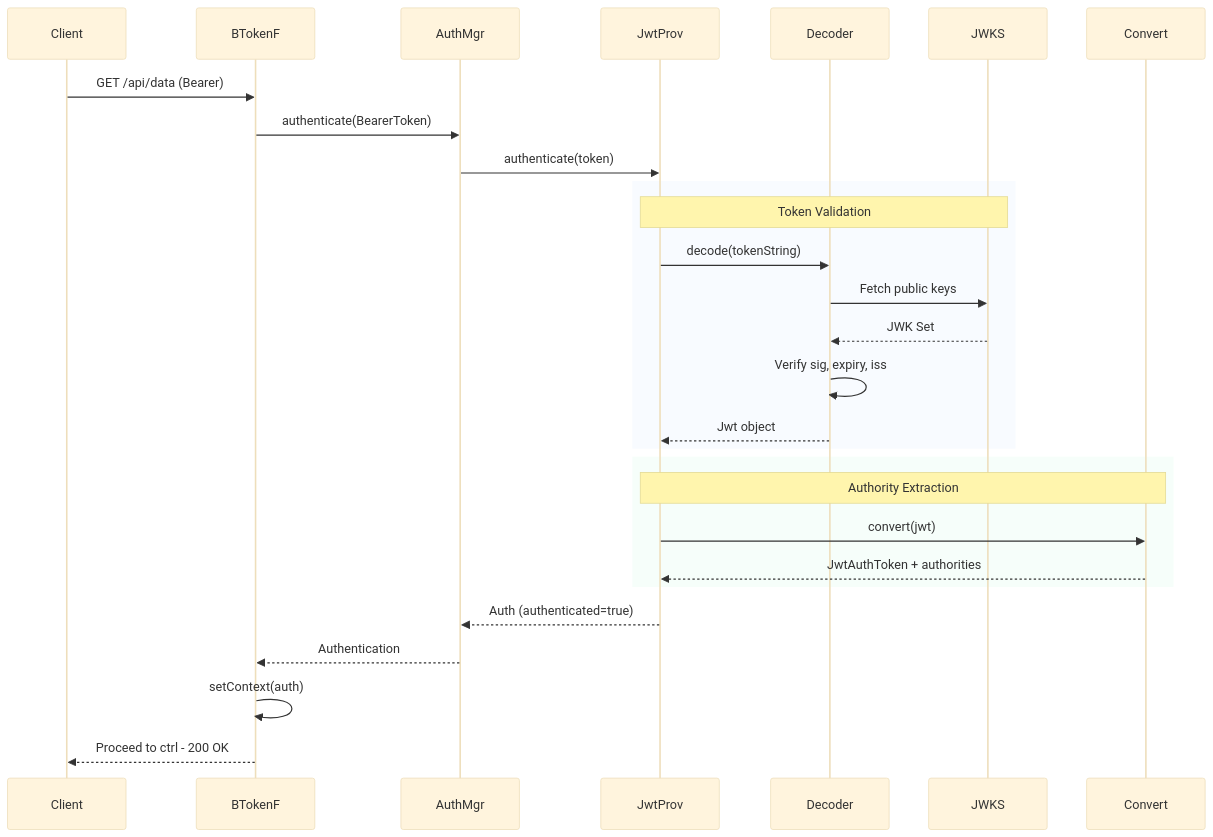
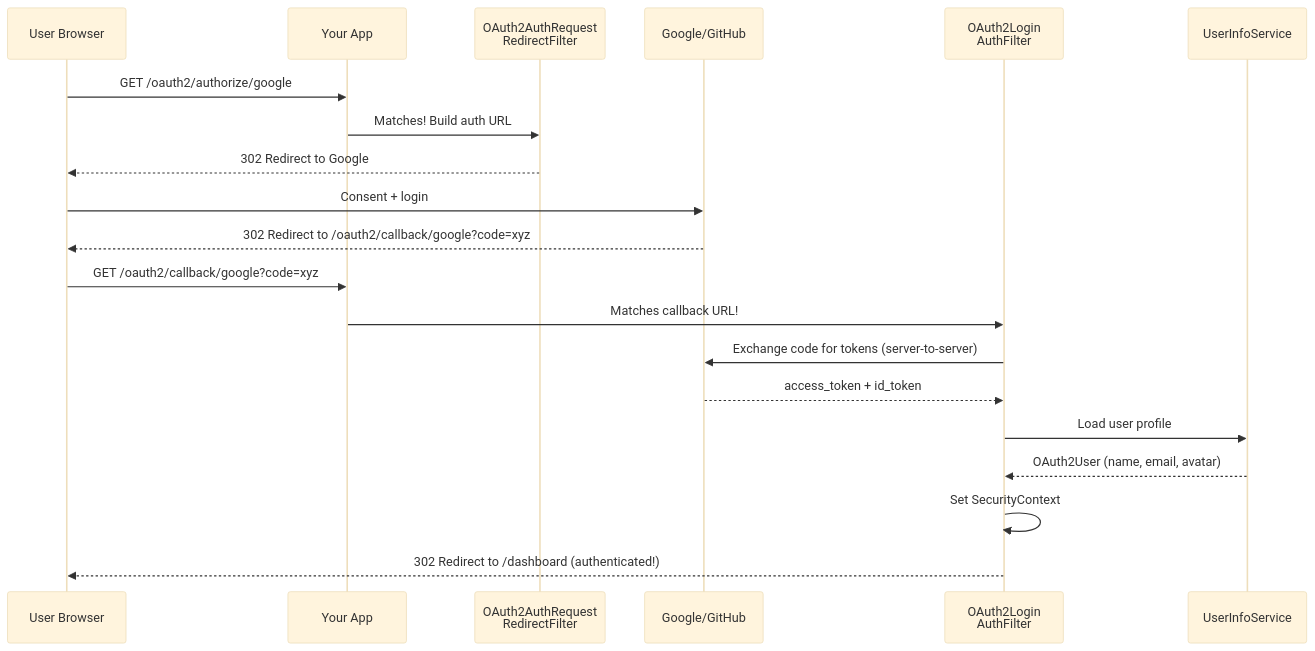
One commit to saivamsikaruturi/vamsilabs-dev-notes-main changed the eighth of 11 diagrams in docs/springboot/security-filter-chain.md. Above: the diagram before and after it, drawn with Mermaid (base theme). The commit also changed other lines of this file and 21 other files, not shown here.

````diff
--- a/docs/springboot/security-filter-chain.md
+++ b/docs/springboot/security-filter-chain.md
@@ -628,34 +1046,25 @@
 ```mermaid
 sequenceDiagram
-    participant Cli as Client
-    participant BT as BTokenF
-    participant AM as AuthMgr
-    participant JP as JwtProv
-    participant Dec as Decoder
-    participant JK as JWKS
-    participant Conv as Convert
+    participant User as User Browser
+    participant App as Your App
+    participant OARF as OAuth2AuthRequest<br/>RedirectFilter
+    participant Google as Google/GitHub
+    participant OLAF as OAuth2Login<br/>AuthFilter
+    participant UIS as UserInfoService
 
-    Cli->>BT: GET /api/data (Bearer)
-    BT->>AM: authenticate(BearerToken)
-    AM->>JP: authenticate(token)
+    User->>App: GET /oauth2/authorize/google
+    App->>OARF: Matches! Build auth URL
+    OARF-->>User: 302 Redirect to Google
 
-    rect rgba(219, 234, 254, 0.2)
-        Note over JP,JK: Token Validation
-        JP->>Dec: decode(tokenString)
-        Dec->>JK: Fetch public keys
-        JK-->>Dec: JWK Set
-        Dec->>Dec: Verify sig, expiry, iss
-        Dec-->>JP: Jwt object
-    end
+    User->>Google: Consent + login
+    Google-->>User: 302 Redirect to /oauth2/callback/google?code=xyz
 
-    rect rgba(209, 250, 229, 0.2)
-        Note over JP,Conv: Authority Extraction
-        JP->>Conv: convert(jwt)
-        Conv-->>JP: JwtAuthToken + authorities
-    end
-
-    JP-->>AM: Auth (authenticated=true)
-    AM-->>BT: Authentication
-    BT->>BT: setContext(auth)
-    BT-->>Cli: Proceed to ctrl - 200 OK
+    User->>App: GET /oauth2/callback/google?code=xyz
+    App->>OLAF: Matches callback URL!
+    OLAF->>Google: Exchange code for tokens (server-to-server)
+    Google-->>OLAF: access_token + id_token
+    OLAF->>UIS: Load user profile
+    UIS-->>OLAF: OAuth2User (name, email, avatar)
+    OLAF->>OLAF: Set SecurityContext
+    OLAF-->>User: 302 Redirect to /dashboard (authenticated!)
 ```
````
